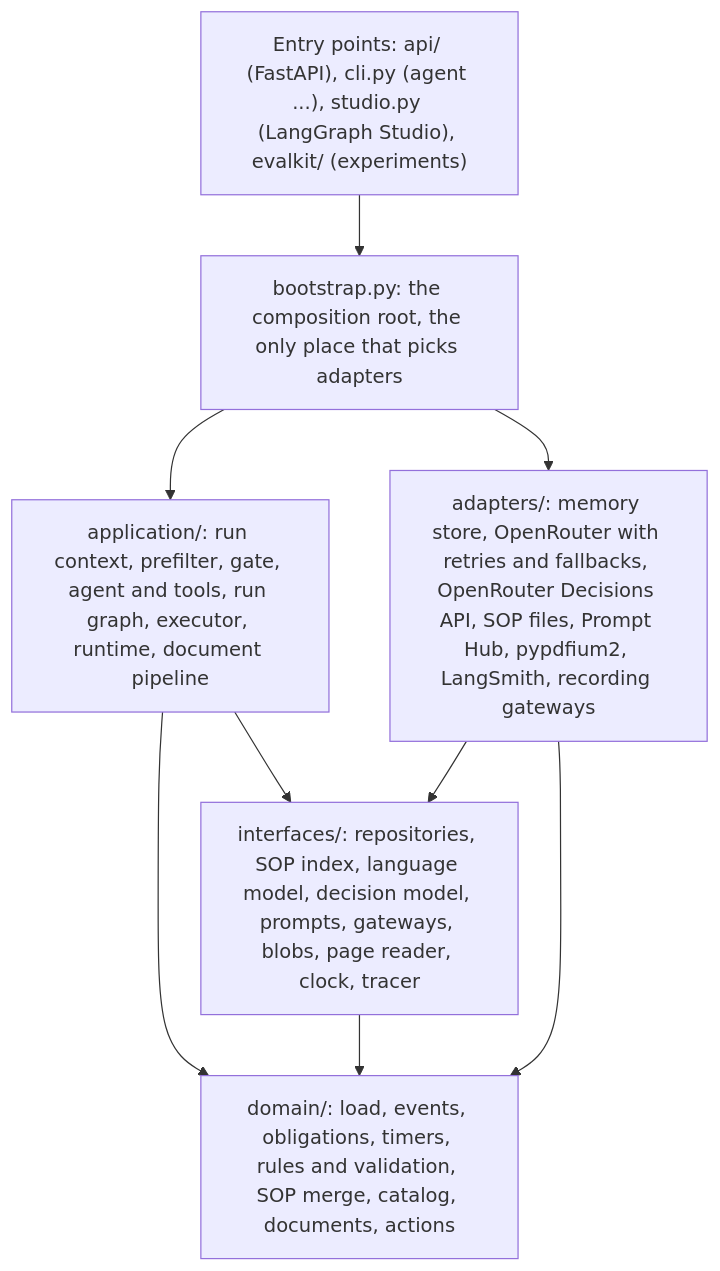
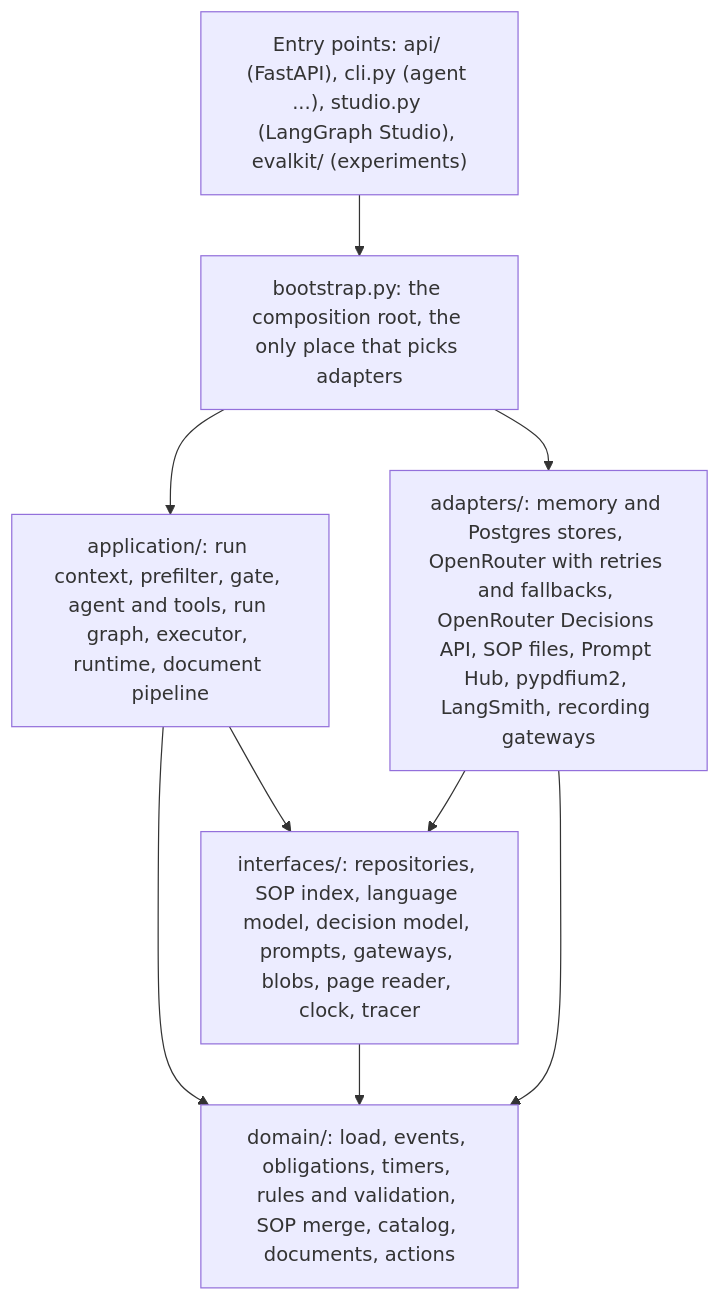
Before and after one commit to pedrocwb/freight-hero-assessment: the second of 10 diagrams in docs/architecture.md, drawn with Mermaid. The commit also changed other lines of this file and 4 other files, not shown here.

Commit message:
Describe the Postgres store, PERSISTENCE and the integration tests in the docs

````diff
--- a/docs/architecture.md
+++ b/docs/architecture.md
@@ -76,18 +77,18 @@
 ```mermaid
 flowchart TB
   entry["Entry points: api/ (FastAPI), cli.py (agent ...), studio.py (LangGraph Studio), evalkit/ (experiments)"]
   boot["bootstrap.py: the composition root, the only place that picks adapters"]
   app["application/: run context, prefilter, gate, agent and tools, run graph, executor, runtime, document pipeline"]
   interfaces["interfaces/: repositories, SOP index, language model, decision model, prompts, gateways, blobs, page reader, clock, tracer"]
   domain["domain/: load, events, obligations, timers, rules and validation, SOP merge, catalog, documents, actions"]
-  adapters["adapters/: memory store, OpenRouter with retries and fallbacks, OpenRouter Decisions API, SOP files, Prompt Hub, pypdfium2, LangSmith, recording gateways"]
+  adapters["adapters/: memory and Postgres stores, OpenRouter with retries and fallbacks, OpenRouter Decisions API, SOP files, Prompt Hub, pypdfium2, LangSmith, recording gateways"]
 
   entry --> boot
   boot --> app
   boot --> adapters
   app --> interfaces
   app --> domain
   interfaces --> domain
   adapters --> interfaces
   adapters --> domain
 ```
````
